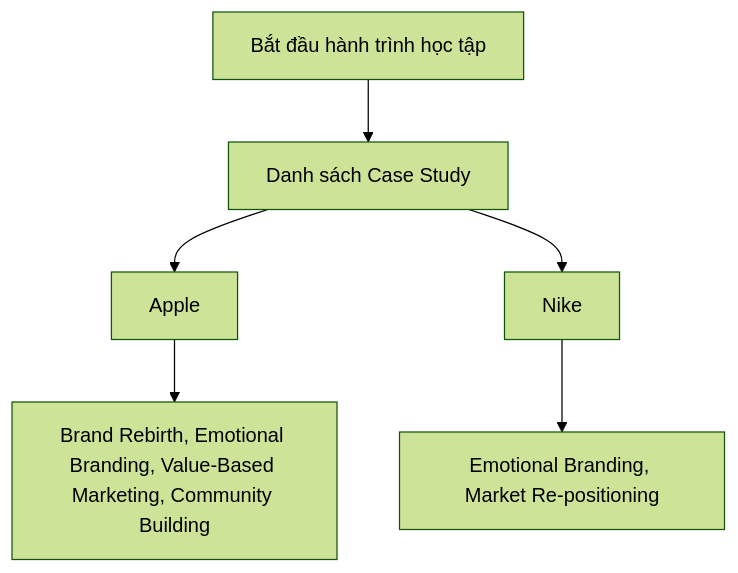
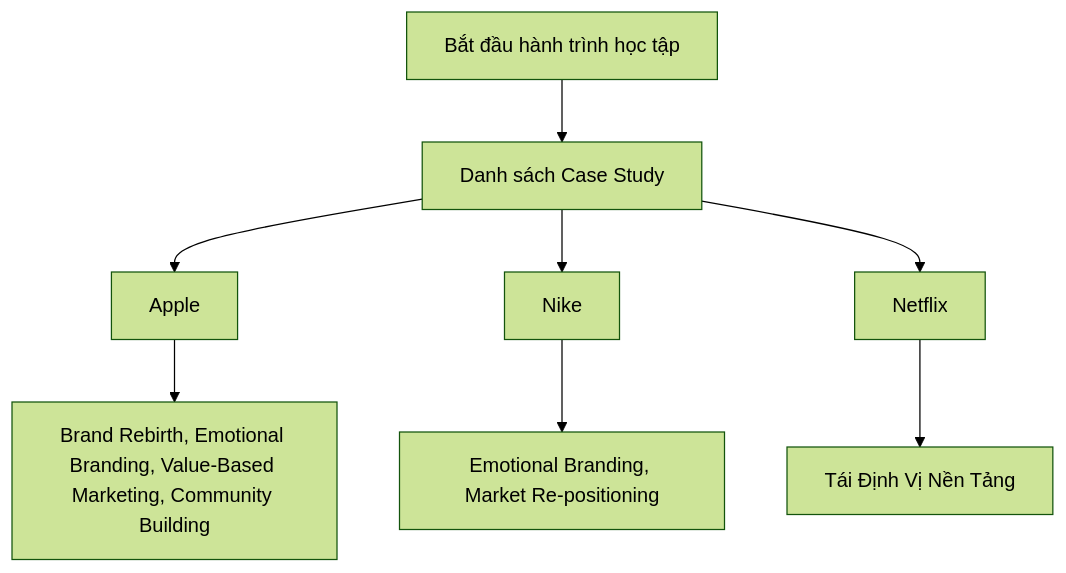
The diagram in README.md (quy2003/daily-marketing-cases), drawn with Mermaid (forest theme) before and after one commit. The commit also changed other lines of this file and 4 other files, not shown here.

````diff
--- a/README.md
+++ b/README.md
@@ -25,8 +25,10 @@
 ```mermaid
 graph TD
     Start[Bắt đầu hành trình học tập] --> DailyCases[Danh sách Case Study]
     DailyCases --> Apple["Apple"]
     Apple --> BrandRebirthEmotionalBrandingValueBasedMarketingCommunityBuilding["Brand Rebirth, Emotional Branding, Value-Based Marketing, Community Building"]
     DailyCases --> Nike["Nike"]
     Nike --> EmotionalBrandingMarketRepositioning["Emotional Branding, Market Re-positioning"]
+    DailyCases --> Netflix["Netflix"]
+    Netflix --> TinhVNnTng["Tái Định Vị Nền Tảng"]
 ```
````
